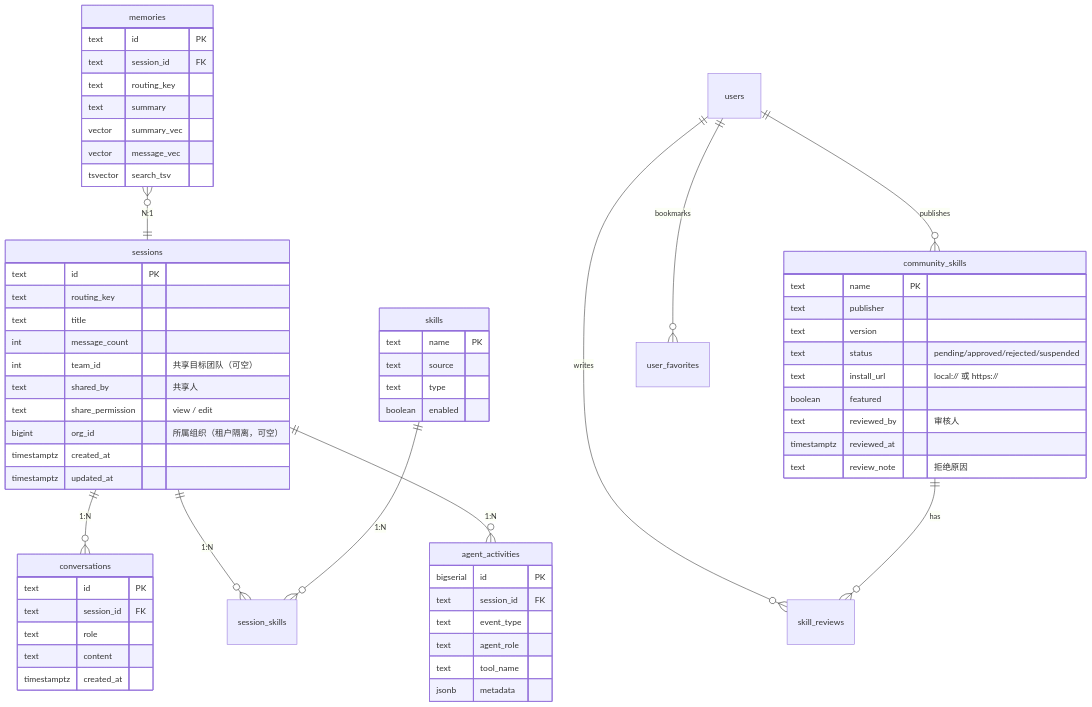
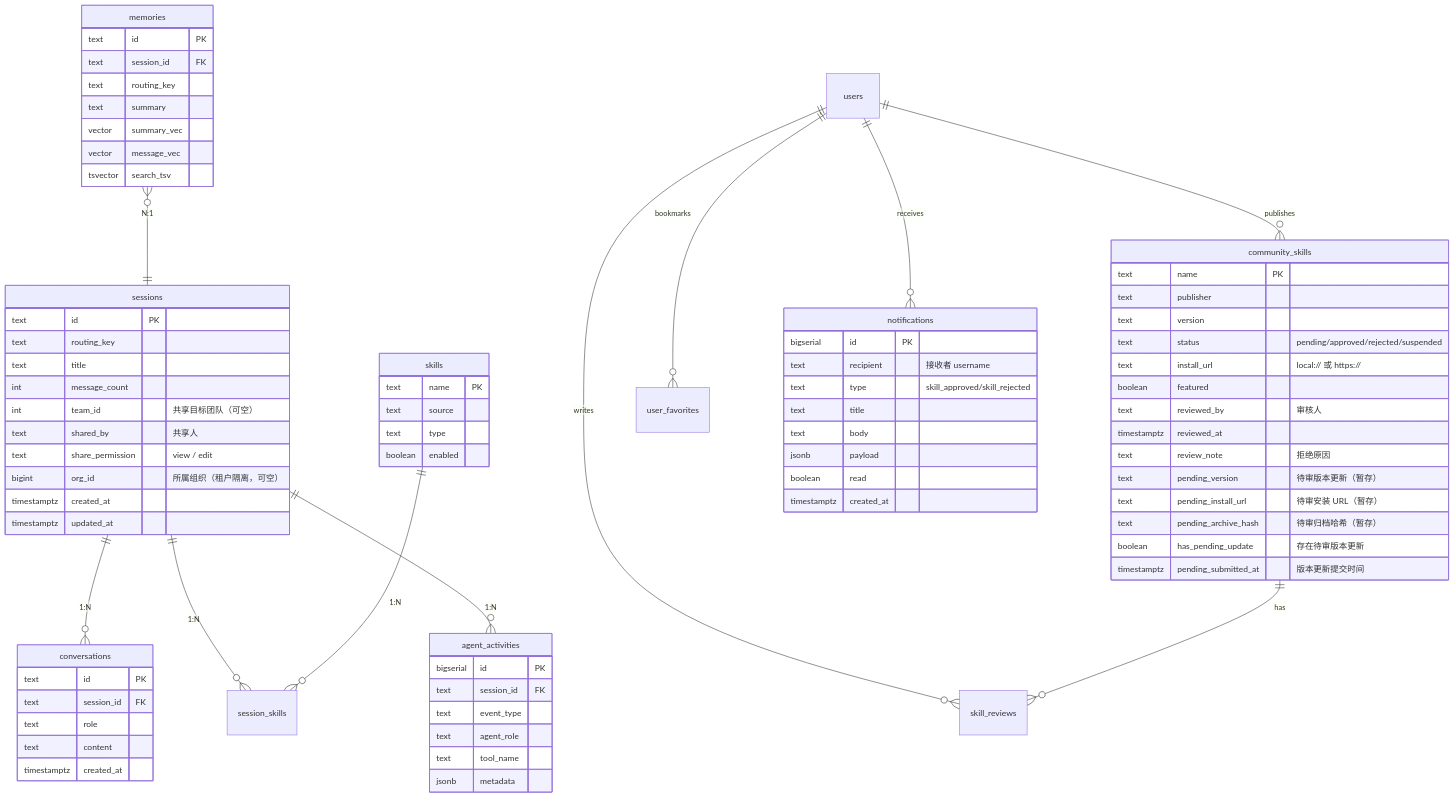
One commit to howdyli/xuanji changed the ninth of 11 diagrams in docs/system-architecture.md. Above: the diagram before and after it, drawn with Mermaid. The commit also changed other lines of this file and 13 other files, not shown here.

````diff
--- a/docs/system-architecture.md
+++ b/docs/system-architecture.md
@@ -602,6 +606,7 @@
     community_skills ||--o{ skill_reviews : "has"
     users ||--o{ user_favorites : "bookmarks"
     sessions ||--o{ agent_activities : "1:N"
+    users ||--o{ notifications : "receives"
 
     sessions {
         text id PK
@@ -660,5 +665,21 @@
         text reviewed_by "审核人"
         timestamptz reviewed_at
         text review_note "拒绝原因"
+        text pending_version "待审版本更新（暂存）"
+        text pending_install_url "待审安装 URL（暂存）"
+        text pending_archive_hash "待审归档哈希（暂存）"
+        boolean has_pending_update "存在待审版本更新"
+        timestamptz pending_submitted_at "版本更新提交时间"
+    }
+
+    notifications {
+        bigserial id PK
+        text recipient "接收者 username"
+        text type "skill_approved/skill_rejected"
+        text title
+        text body
+        jsonb payload
+        boolean read
+        timestamptz created_at
     }
 ```
````
